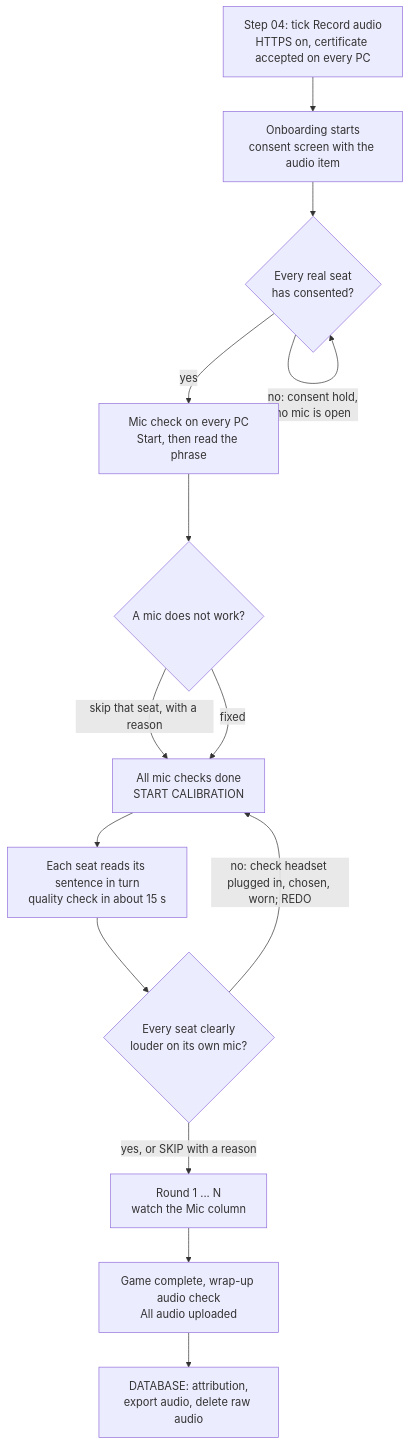
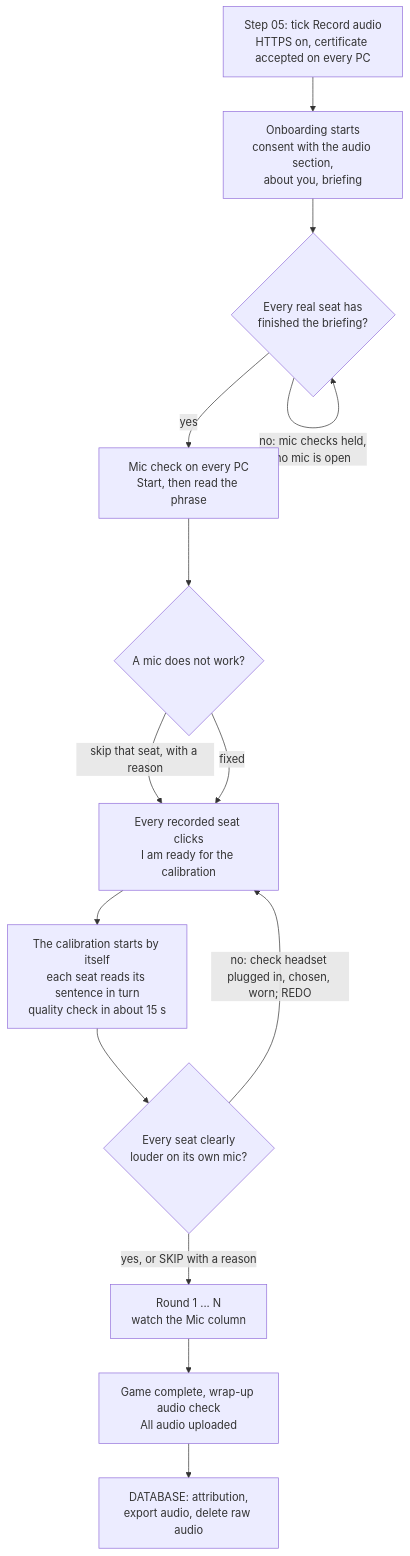
One commit to xy-zak/WhoKnowsWhoActs changed the third of 3 diagrams in docs/SESSION-RUNBOOK.md. Above: the diagram before and after it, drawn with Mermaid. The commit also changed other lines of this file and 21 other files, not shown here.

First line of the commit message:
Docs: session startup flow (welcome page, eleven setup steps, consent sections, mic check hold until the briefing, calibration readiness); change logs

````diff
--- a/docs/SESSION-RUNBOOK.md
+++ b/docs/SESSION-RUNBOOK.md
@@ -314,16 +322,16 @@
 ```mermaid
 flowchart TD
-  A["Step 04: tick Record audio<br/>HTTPS on, certificate accepted on every PC"] --> B["Onboarding starts<br/>consent screen with the audio item"]
-  B --> C{"Every real seat<br/>has consented?"}
-  C -->|"no: consent hold,<br/>no mic is open"| C
+  A["Step 05: tick Record audio<br/>HTTPS on, certificate accepted on every PC"] --> B["Onboarding starts<br/>consent with the audio section,<br/>about you, briefing"]
+  B --> C{"Every real seat has<br/>finished the briefing?"}
+  C -->|"no: mic checks held,<br/>no mic is open"| C
   C -->|"yes"| D["Mic check on every PC<br/>Start, then read the phrase"]
   D --> E{"A mic does not work?"}
   E -->|"skip that seat, with a reason"| F
-  E -->|"fixed"| F["All mic checks done<br/>START CALIBRATION"]
-  F --> G["Each seat reads its sentence in turn<br/>quality check in about 15 s"]
+  E -->|"fixed"| F["Every recorded seat clicks<br/>I am ready for the calibration"]
+  F --> G["The calibration starts by itself<br/>each seat reads its sentence in turn<br/>quality check in about 15 s"]
   G --> H{"Every seat clearly<br/>louder on its own mic?"}
   H -->|"no: check headset plugged in, chosen, worn; REDO"| F
   H -->|"yes, or SKIP with a reason"| I["Round 1 ... N<br/>watch the Mic column"]
   I --> J["Game complete, wrap-up audio check<br/>All audio uploaded"]
   J --> K["DATABASE: attribution,<br/>export audio, delete raw audio"]
 ```
````
